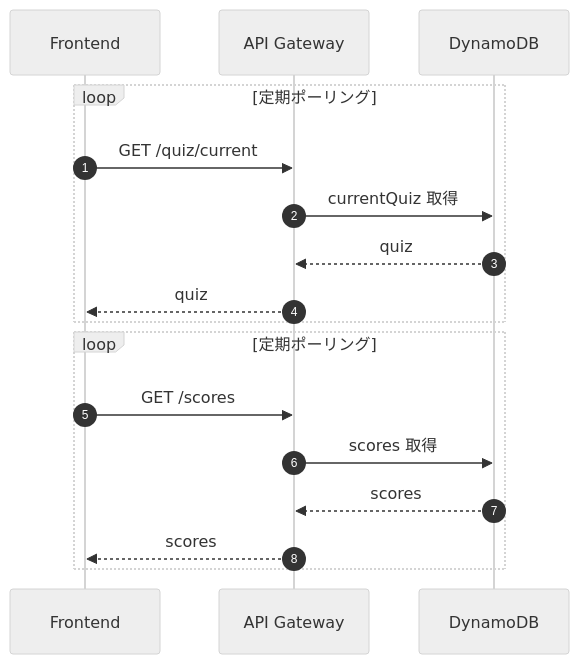
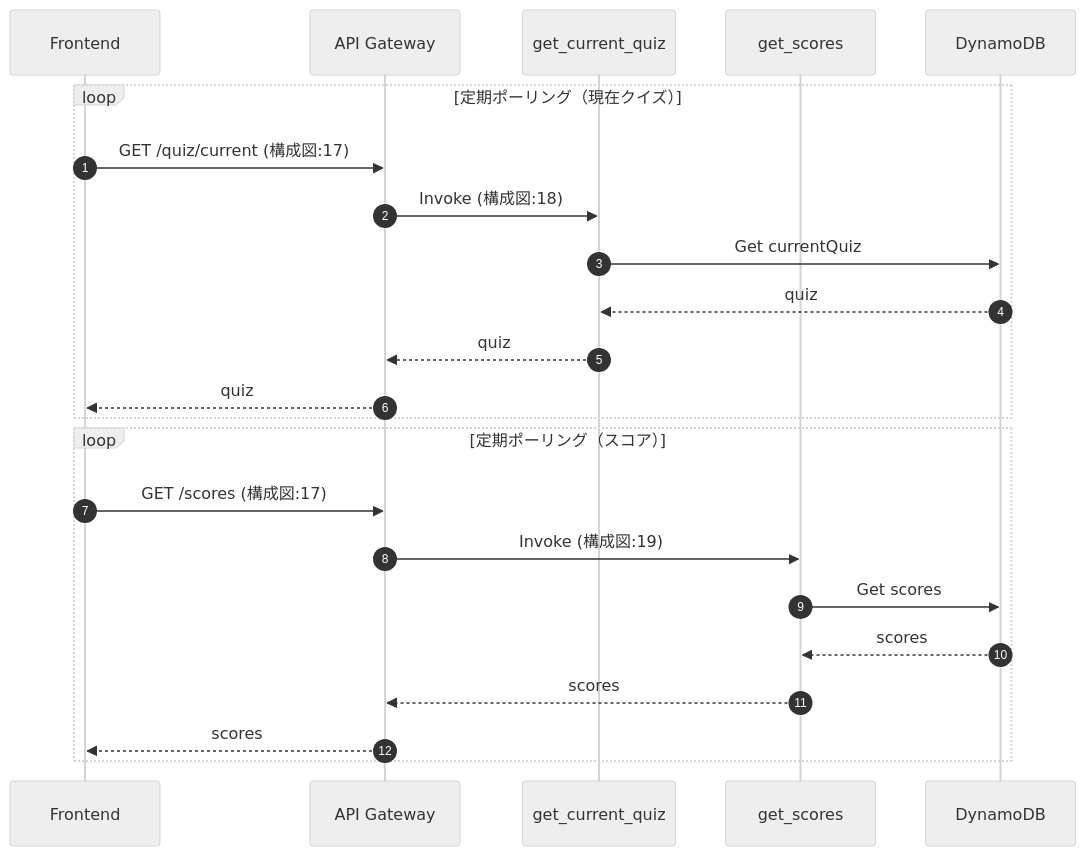
Before and after one commit to hatanoyoshihiko/aws_knowledge_quiz: the sixth of 6 diagrams in README.md, drawn with Mermaid (neutral theme). The commit also changed other lines of this file, not shown here.

````diff
--- a/README.md
+++ b/README.md
@@ -267,21 +267,27 @@
 ```mermaid
 sequenceDiagram
   autonumber
   participant FE as Frontend
   participant GW as API Gateway
+  participant GC as get_current_quiz
+  participant GS as get_scores
   participant DB as DynamoDB
 
-  loop 定期ポーリング
-    FE->>GW: GET /quiz/current
-    GW->>DB: currentQuiz 取得
-    DB-->>GW: quiz
+  loop 定期ポーリング（現在クイズ）
+    FE->>GW: GET /quiz/current (構成図:17)
+    GW->>GC: Invoke (構成図:18)
+    GC->>DB: Get currentQuiz
+    DB-->>GC: quiz
+    GC-->>GW: quiz
     GW-->>FE: quiz
   end
 
-  loop 定期ポーリング
-    FE->>GW: GET /scores
-    GW->>DB: scores 取得
-    DB-->>GW: scores
+  loop 定期ポーリング（スコア）
+    FE->>GW: GET /scores (構成図:17)
+    GW->>GS: Invoke (構成図:19)
+    GS->>DB: Get scores
+    DB-->>GS: scores
+    GS-->>GW: scores
     GW-->>FE: scores
   end
 ```
````
